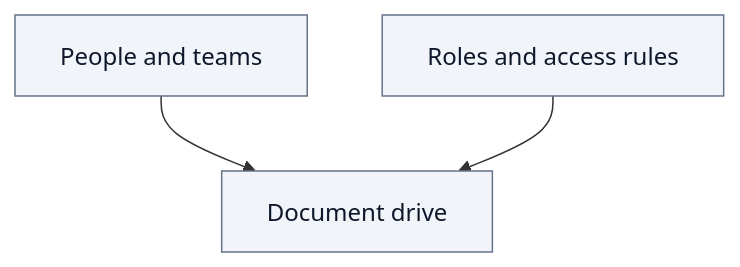
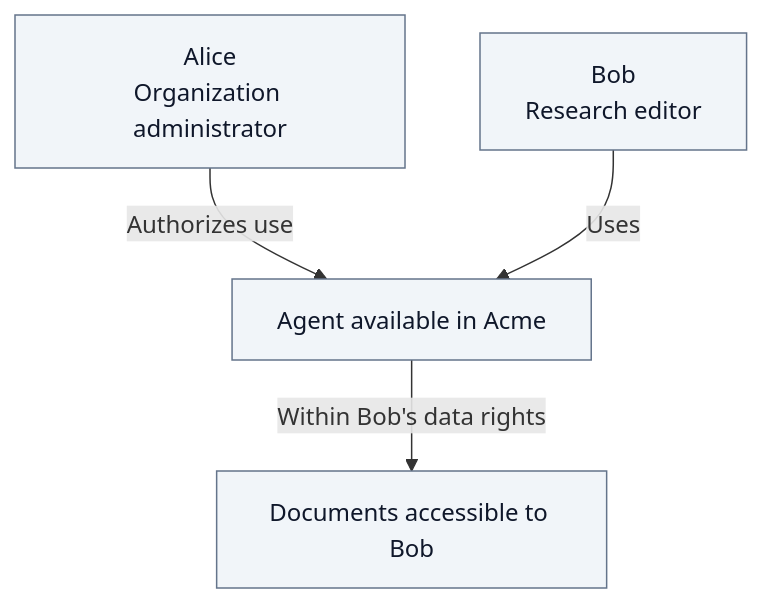
One commit to ThalesGroup/fred changed the first of 2 diagrams in docs/architecture/00-introduction.md. Above: the diagram before and after it, drawn with Mermaid. The commit also changed other lines of this file and 37 other files, not shown here.

````diff
--- a/docs/architecture/00-introduction.md
+++ b/docs/architecture/00-introduction.md
@@ -6,7 +16,9 @@
 ```mermaid
 flowchart TB
-    people["People and teams"] --> drive["Document drive"]
-    rights["Roles and access rules"] --> drive
+    alice["Alice<br/>Organization administrator"] -->|"Authorizes use"| agent["Agent available in Acme"]
+    bob["Bob<br/>Research editor"] -->|"Uses"| agent
+    agent -->|"Within Bob's data rights"| data["Documents accessible to Bob"]
 
-    classDef default fill:#F1F5F9,stroke:#64748B,color:#0F172A
+    classDef neutral fill:#F1F5F9,stroke:#64748B,color:#0F172A
+    class alice,bob,agent,data neutral
 ```
````
